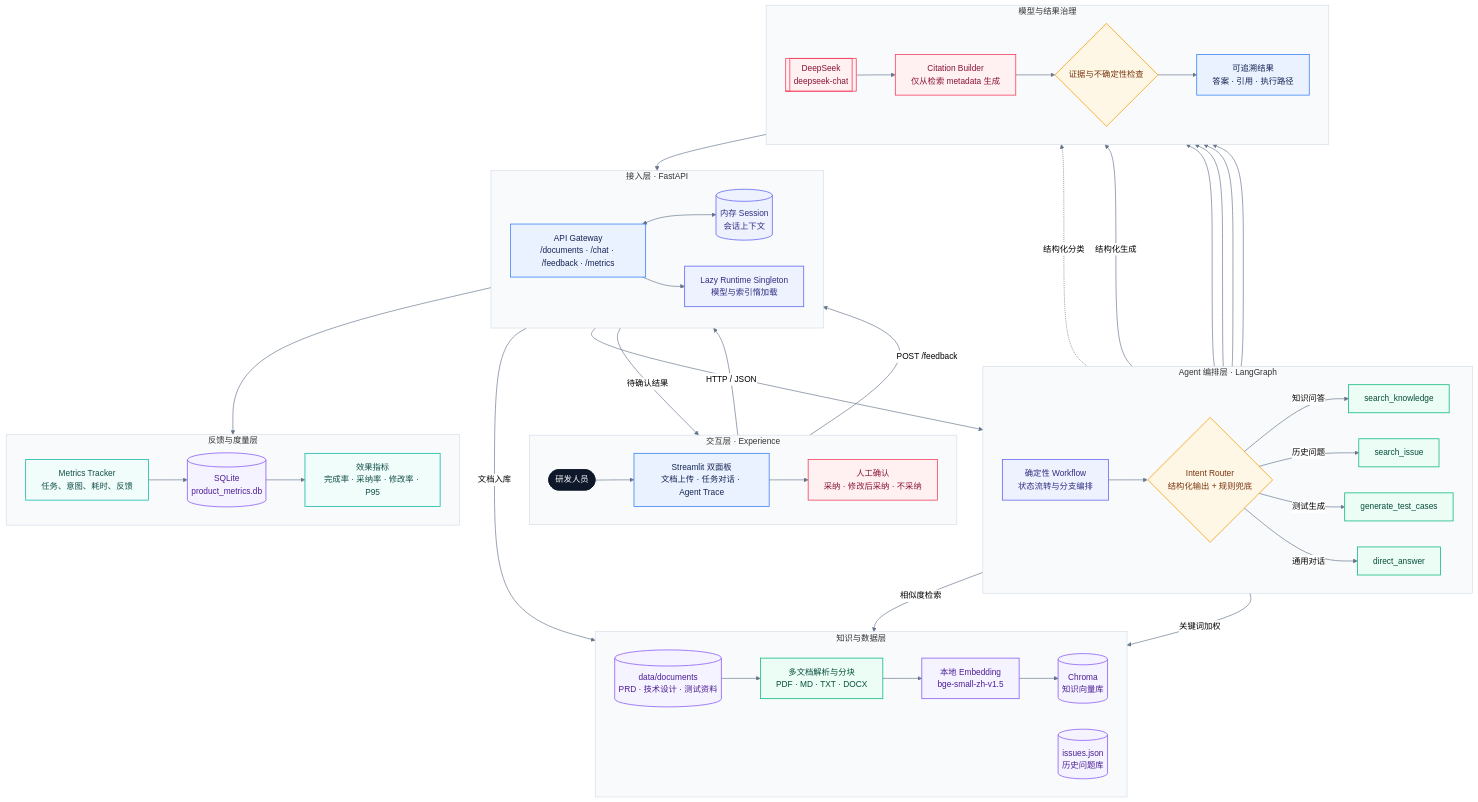
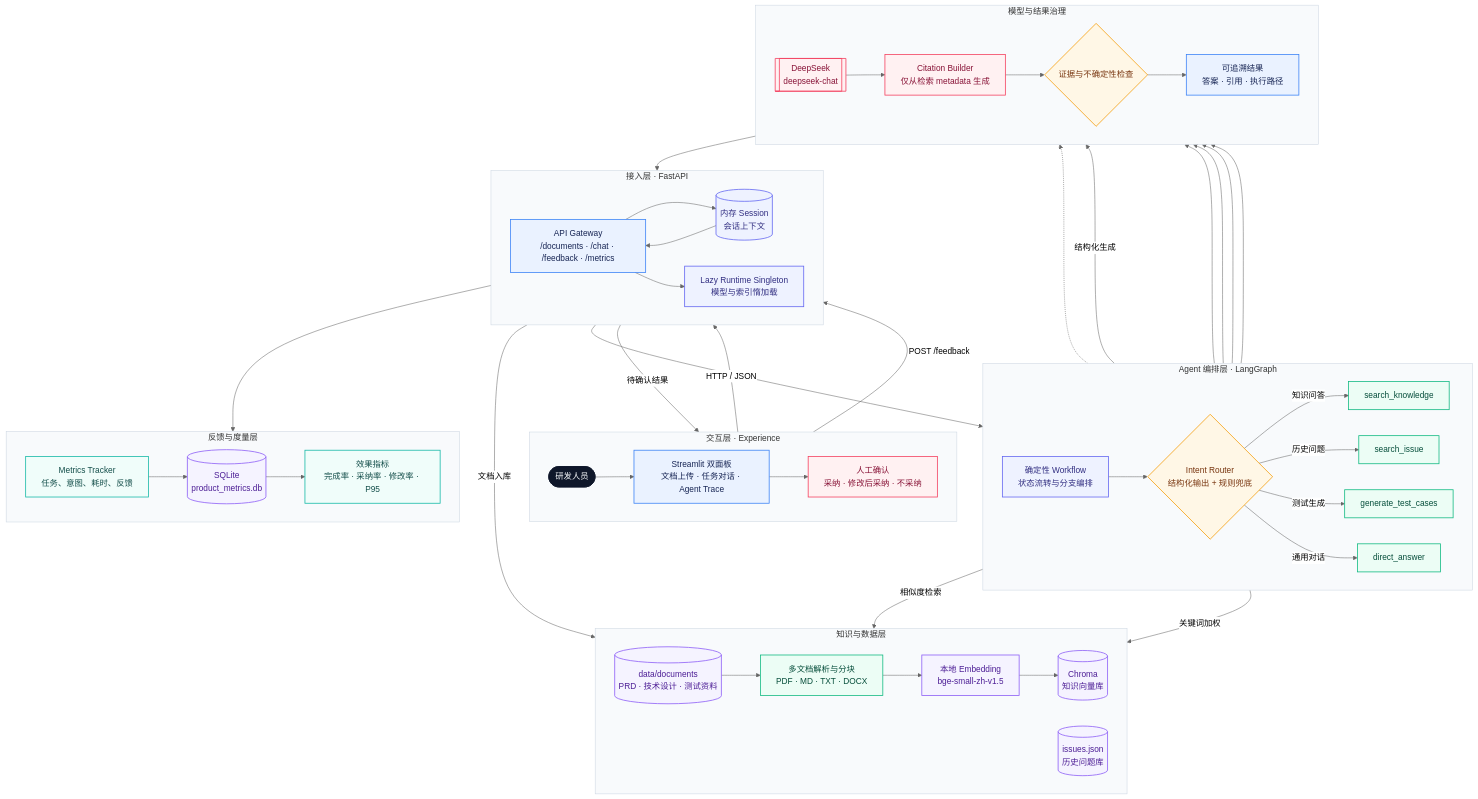
The first of 2 diagrams in README.md (strawberry771/ai-dev-efficiency-agent), drawn with Mermaid (neutral theme) before and after one commit.

Commit message:
fix: make architecture diagram GitHub-compatible

````diff
--- a/README.md
+++ b/README.md
@@ -91,17 +91,22 @@
 
     USER --> UI
     UI -->|HTTP / JSON| API
-    API <--> SESSION
-    API --> RT --> WF --> ROUTER
+    API --> SESSION
+    SESSION --> API
+    API --> RT
+    RT --> WF
+    WF --> ROUTER
 
     ROUTER -->|知识问答| K
     ROUTER -->|历史问题| I
     ROUTER -->|测试生成| T
     ROUTER -->|通用对话| DIRECT
-    ROUTER -.->|结构化分类| LLM
+    ROUTER -.-> LLM
 
     API -->|文档入库| INGEST
-    DOCS --> INGEST --> EMB --> CH
+    DOCS --> INGEST
+    INGEST --> EMB
+    EMB --> CH
     K -->|相似度检索| CH
     I -->|关键词加权| ISSUES
     T -->|结构化生成| LLM
@@ -110,29 +115,35 @@
     K --> CITE
     I --> CITE
     T --> CITE
-    LLM --> CITE --> GUARD --> ANSWER --> API
+    LLM --> CITE
+    CITE --> GUARD
+    GUARD --> ANSWER
+    ANSWER --> API
 
     API -->|待确认结果| UI
-    UI --> REVIEW -->|POST /feedback| API
-    API --> TRACKER --> SQLITE --> SUMMARY
+    UI --> REVIEW
+    REVIEW -->|POST /feedback| API
+    API --> TRACKER
+    TRACKER --> SQLITE
+    SQLITE --> SUMMARY
 
     classDef actor fill:#0F172A,color:#F8FAFC,stroke:#0F172A,stroke-width:1.5px;
-    classDef interface fill:#EAF2FF,color:#172554,stroke:#3B82F6,stroke-width:1.5px;
-    classDef service fill:#EEF2FF,color:#312E81,stroke:#6366F1,stroke-width:1.5px;
-    classDef decision fill:#FFF7E6,color:#78350F,stroke:#F59E0B,stroke-width:1.5px;
-    classDef tool fill:#ECFDF5,color:#064E3B,stroke:#10B981,stroke-width:1.5px;
-    classDef data fill:#F5F3FF,color:#4C1D95,stroke:#8B5CF6,stroke-width:1.5px;
-    classDef governance fill:#FFF1F2,color:#881337,stroke:#F43F5E,stroke-width:1.5px;
-    classDef metric fill:#F0FDFA,color:#134E4A,stroke:#14B8A6,stroke-width:1.5px;
+    classDef apiNode fill:#EAF2FF,color:#172554,stroke:#3B82F6,stroke-width:1.5px;
+    classDef serviceNode fill:#EEF2FF,color:#312E81,stroke:#6366F1,stroke-width:1.5px;
+    classDef decisionNode fill:#FFF7E6,color:#78350F,stroke:#F59E0B,stroke-width:1.5px;
+    classDef toolNode fill:#ECFDF5,color:#064E3B,stroke:#10B981,stroke-width:1.5px;
+    classDef dataNode fill:#F5F3FF,color:#4C1D95,stroke:#8B5CF6,stroke-width:1.5px;
+    classDef guardNode fill:#FFF1F2,color:#881337,stroke:#F43F5E,stroke-width:1.5px;
+    classDef metricNode fill:#F0FDFA,color:#134E4A,stroke:#14B8A6,stroke-width:1.5px;
 
     class USER actor;
-    class UI,API,ANSWER interface;
-    class SESSION,RT,WF service;
-    class ROUTER,GUARD decision;
-    class K,I,T,DIRECT,INGEST tool;
-    class DOCS,EMB,CH,ISSUES,SQLITE data;
-    class LLM,CITE,REVIEW governance;
-    class TRACKER,SUMMARY metric;
+    class UI,API,ANSWER apiNode;
+    class SESSION,RT,WF serviceNode;
+    class ROUTER,GUARD decisionNode;
+    class K,I,T,DIRECT,INGEST toolNode;
+    class DOCS,EMB,CH,ISSUES,SQLITE dataNode;
+    class LLM,CITE,REVIEW guardNode;
+    class TRACKER,SUMMARY metricNode;
 
     style Experience fill:#F8FAFC,stroke:#CBD5E1,stroke-width:1px;
     style Access fill:#F8FAFC,stroke:#CBD5E1,stroke-width:1px;
@@ -140,5 +151,4 @@
     style Intelligence fill:#F8FAFC,stroke:#CBD5E1,stroke-width:1px;
     style Knowledge fill:#F8FAFC,stroke:#CBD5E1,stroke-width:1px;
     style Feedback fill:#F8FAFC,stroke:#CBD5E1,stroke-width:1px;
-    linkStyle default stroke:#64748B,stroke-width:1.25px;
 ```
````
